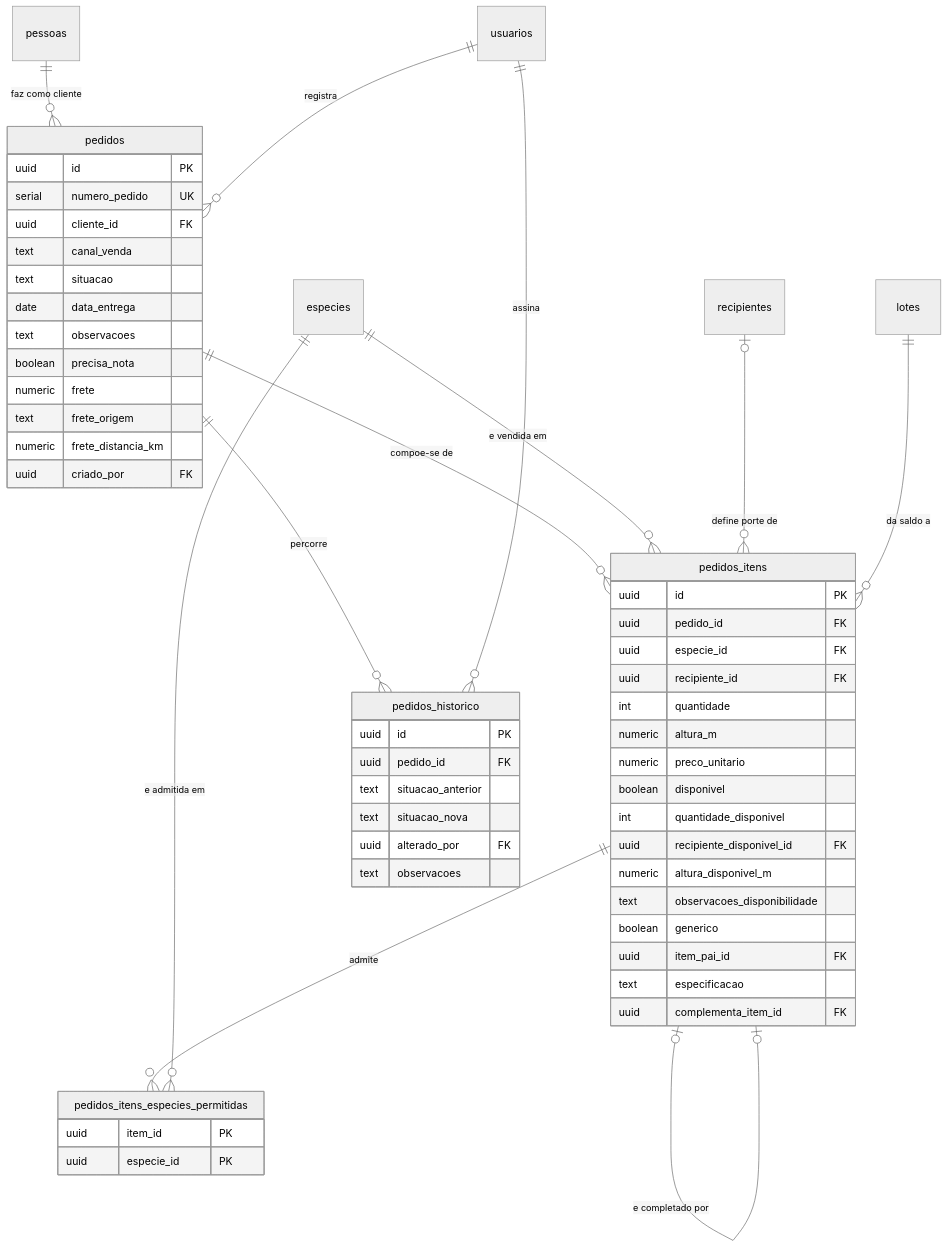
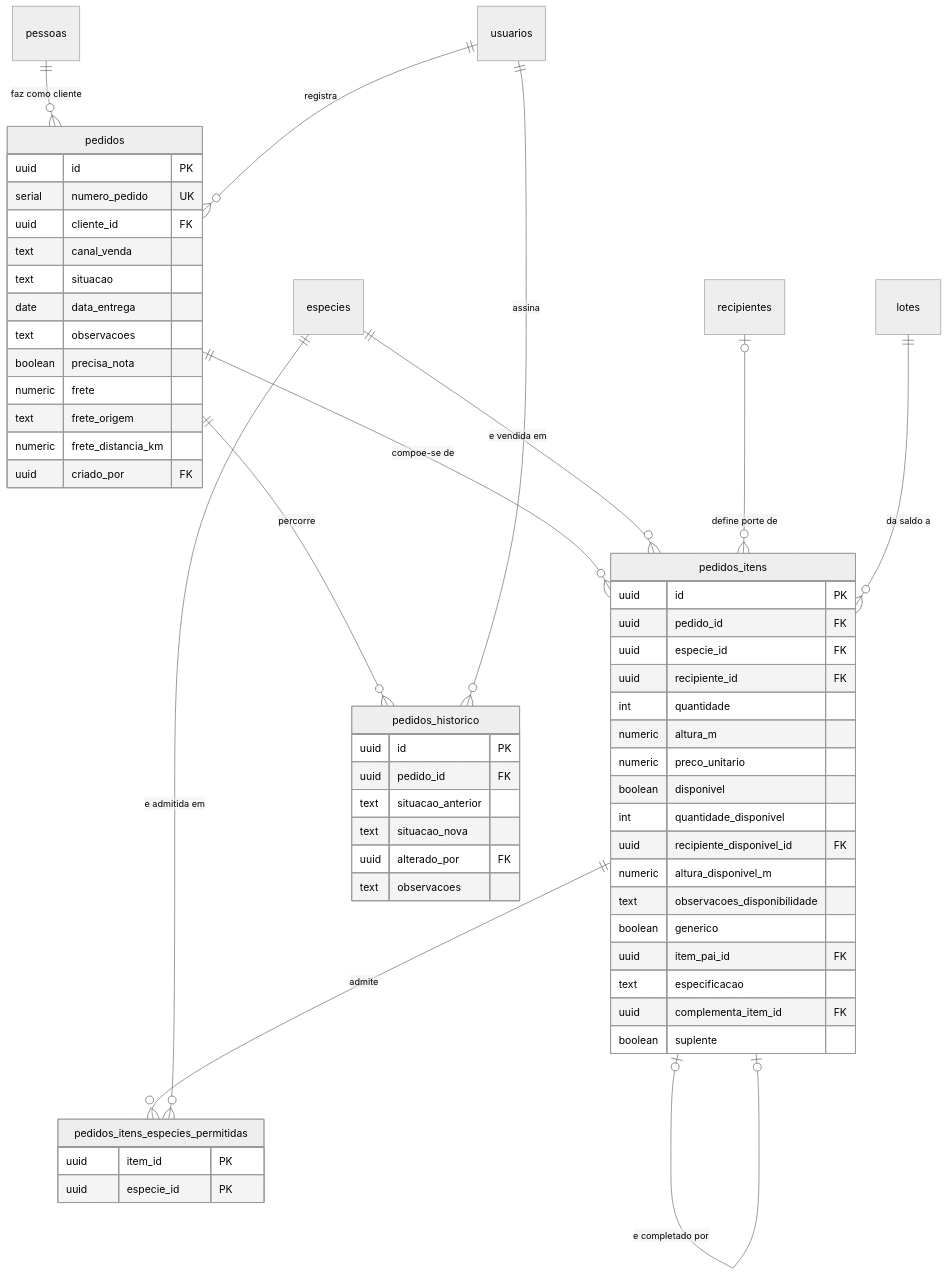
The diagram in docs/engenharia/modelo-dados-pt/mmd/fig17-comercial-pedido.mmd (JoaoMudar/tcc), drawn with Mermaid (neutral theme) before and after one commit. The commit also changed 11 other files, not shown here.

```diff
--- a/docs/engenharia/modelo-dados-pt/mmd/fig17-comercial-pedido.mmd
+++ b/docs/engenharia/modelo-dados-pt/mmd/fig17-comercial-pedido.mmd
@@ -1,63 +1,64 @@
 erDiagram
   pedidos {
     uuid   id PK
     serial numero_pedido UK
     uuid   cliente_id FK
     text   canal_venda
     text   situacao
     date   data_entrega
     text   observacoes
     boolean precisa_nota
     numeric frete
     text   frete_origem
     numeric frete_distancia_km
     uuid   criado_por FK
   }
   pedidos_itens {
     uuid    id PK
     uuid    pedido_id FK
     uuid    especie_id FK
     uuid    recipiente_id FK
     int     quantidade
     numeric altura_m
     numeric preco_unitario
     boolean disponivel
     int     quantidade_disponivel
     uuid    recipiente_disponivel_id FK
     numeric altura_disponivel_m
     text    observacoes_disponibilidade
     boolean generico
     uuid    item_pai_id FK
     text    especificacao
     uuid    complementa_item_id FK
+    boolean suplente
   }
   pedidos_historico {
     uuid id PK
     uuid pedido_id FK
     text situacao_anterior
     text situacao_nova
     uuid alterado_por FK
     text observacoes
   }
   pedidos_itens_especies_permitidas {
     uuid item_id PK
     uuid especie_id PK
   }
   pessoas {}
   especies {}
   recipientes {}
   usuarios {}
   lotes {}
 
   pedidos ||--o{ pedidos_itens : "compoe-se de"
   pessoas ||--o{ pedidos       : "faz como cliente"
   usuarios||--o{ pedidos       : "registra"
   especies    ||--o{ pedidos_itens : "e vendida em"
   recipientes |o--o{ pedidos_itens : "define porte de"
   lotes       ||--o{ pedidos_itens : "da saldo a"
   pedidos ||--o{ pedidos_historico : "percorre"
   usuarios ||--o{ pedidos_historico : "assina"
   pedidos_itens ||--o{ pedidos_itens : "e composto por"
   pedidos_itens |o--o| pedidos_itens : "e completado por"
   pedidos_itens ||--o{ pedidos_itens_especies_permitidas : "admite"
   especies ||--o{ pedidos_itens_especies_permitidas : "e admitida em"
```
